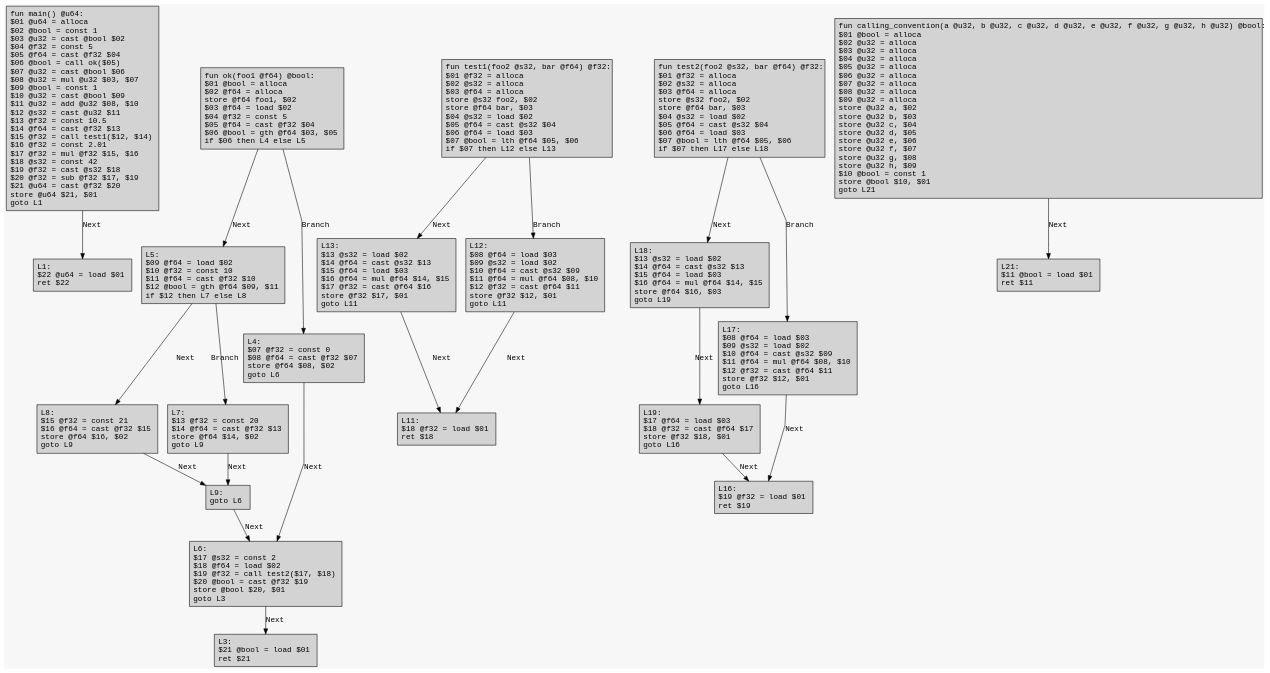
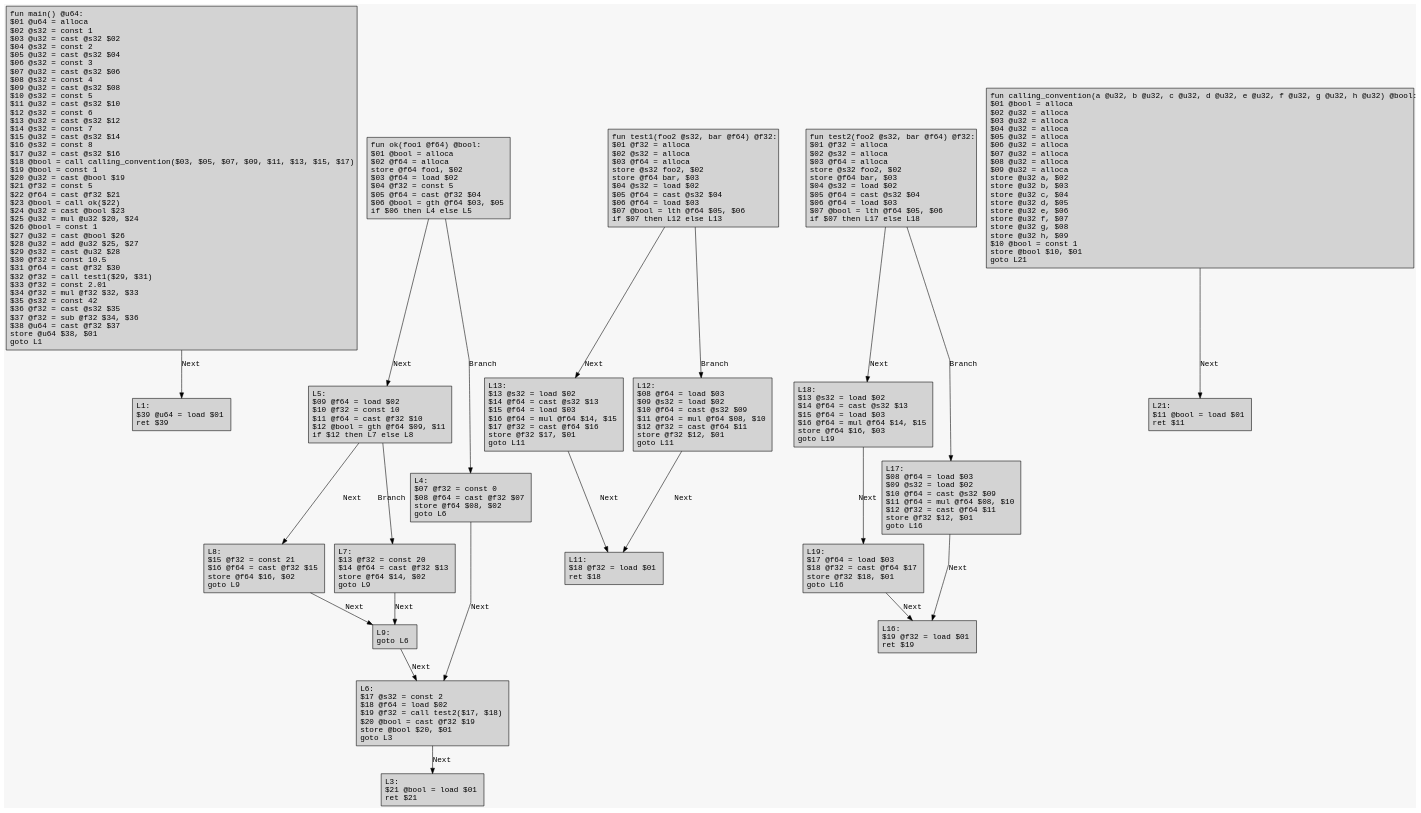
The diagram in example/test_org.dot (Excse/arkoi_language), drawn with Graphviz before and after one commit. The commit also changed 8 other files, not shown here.

Commit message:
Working on the calling convention

```diff
--- a/example/test_org.dot
+++ b/example/test_org.dot
@@ -1,49 +1,49 @@
 digraph CFG {
 	graph [fontname = "Monospace"];
 	node  [fontname = "Monospace", shape=box, style=filled, margin=0.1];
 	edge  [fontname = "Monospace"];
 	bgcolor = "#f7f7f7";
 	splines = false;
 
-	L0 [label="fun main() @u64:\l $01 @u64 = alloca\l $02 @bool = const 1\l $03 @u32 = cast @bool $02\l $04 @f32 = const 5\l $05 @f64 = cast @f32 $04\l $06 @bool = call ok($05)\l $07 @u32 = cast @bool $06\l $08 @u32 = mul @u32 $03, $07\l $09 @bool = const 1\l $10 @u32 = cast @bool $09\l $11 @u32 = add @u32 $08, $10\l $12 @s32 = cast @u32 $11\l $13 @f32 = const 10.5\l $14 @f64 = cast @f32 $13\l $15 @f32 = call test1($12, $14)\l $16 @f32 = const 2.01\l $17 @f32 = mul @f32 $15, $16\l $18 @s32 = const 42\l $19 @f32 = cast @s32 $18\l $20 @f32 = sub @f32 $17, $19\l $21 @u64 = cast @f32 $20\l store @u64 $21, $01\l goto L1\l"];
+	L0 [label="fun main() @u64:\l $01 @u64 = alloca\l $02 @s32 = const 1\l $03 @u32 = cast @s32 $02\l $04 @s32 = const 2\l $05 @u32 = cast @s32 $04\l $06 @s32 = const 3\l $07 @u32 = cast @s32 $06\l $08 @s32 = const 4\l $09 @u32 = cast @s32 $08\l $10 @s32 = const 5\l $11 @u32 = cast @s32 $10\l $12 @s32 = const 6\l $13 @u32 = cast @s32 $12\l $14 @s32 = const 7\l $15 @u32 = cast @s32 $14\l $16 @s32 = const 8\l $17 @u32 = cast @s32 $16\l $18 @bool = call calling_convention($03, $05, $07, $09, $11, $13, $15, $17)\l $19 @bool = const 1\l $20 @u32 = cast @bool $19\l $21 @f32 = const 5\l $22 @f64 = cast @f32 $21\l $23 @bool = call ok($22)\l $24 @u32 = cast @bool $23\l $25 @u32 = mul @u32 $20, $24\l $26 @bool = const 1\l $27 @u32 = cast @bool $26\l $28 @u32 = add @u32 $25, $27\l $29 @s32 = cast @u32 $28\l $30 @f32 = const 10.5\l $31 @f64 = cast @f32 $30\l $32 @f32 = call test1($29, $31)\l $33 @f32 = const 2.01\l $34 @f32 = mul @f32 $32, $33\l $35 @s32 = const 42\l $36 @f32 = cast @s32 $35\l $37 @f32 = sub @f32 $34, $36\l $38 @u64 = cast @f32 $37\l store @u64 $38, $01\l goto L1\l"];
 	L0 -> L1 [label="Next"];
-	L1 [label="L1:\l $22 @u64 = load $01\l ret $22\l"];
+	L1 [label="L1:\l $39 @u64 = load $01\l ret $39\l"];
 	L2 [label="fun ok(foo1 @f64) @bool:\l $01 @bool = alloca\l $02 @f64 = alloca\l store @f64 foo1, $02\l $03 @f64 = load $02\l $04 @f32 = const 5\l $05 @f64 = cast @f32 $04\l $06 @bool = gth @f64 $03, $05\l if $06 then L4 else L5\l"];
 	L2 -> L5 [label="Next"];
 	L2 -> L4 [label="Branch"];
 	L5 [label="L5:\l $09 @f64 = load $02\l $10 @f32 = const 10\l $11 @f64 = cast @f32 $10\l $12 @bool = gth @f64 $09, $11\l if $12 then L7 else L8\l"];
 	L5 -> L8 [label="Next"];
 	L5 -> L7 [label="Branch"];
 	L8 [label="L8:\l $15 @f32 = const 21\l $16 @f64 = cast @f32 $15\l store @f64 $16, $02\l goto L9\l"];
 	L8 -> L9 [label="Next"];
 	L9 [label="L9:\l goto L6\l"];
 	L9 -> L6 [label="Next"];
 	L6 [label="L6:\l $17 @s32 = const 2\l $18 @f64 = load $02\l $19 @f32 = call test2($17, $18)\l $20 @bool = cast @f32 $19\l store @bool $20, $01\l goto L3\l"];
 	L6 -> L3 [label="Next"];
 	L7 [label="L7:\l $13 @f32 = const 20\l $14 @f64 = cast @f32 $13\l store @f64 $14, $02\l goto L9\l"];
 	L7 -> L9 [label="Next"];
 	L4 [label="L4:\l $07 @f32 = const 0\l $08 @f64 = cast @f32 $07\l store @f64 $08, $02\l goto L6\l"];
 	L4 -> L6 [label="Next"];
 	L3 [label="L3:\l $21 @bool = load $01\l ret $21\l"];
 	L10 [label="fun test1(foo2 @s32, bar @f64) @f32:\l $01 @f32 = alloca\l $02 @s32 = alloca\l $03 @f64 = alloca\l store @s32 foo2, $02\l store @f64 bar, $03\l $04 @s32 = load $02\l $05 @f64 = cast @s32 $04\l $06 @f64 = load $03\l $07 @bool = lth @f64 $05, $06\l if $07 then L12 else L13\l"];
 	L10 -> L13 [label="Next"];
 	L10 -> L12 [label="Branch"];
 	L13 [label="L13:\l $13 @s32 = load $02\l $14 @f64 = cast @s32 $13\l $15 @f64 = load $03\l $16 @f64 = mul @f64 $14, $15\l $17 @f32 = cast @f64 $16\l store @f32 $17, $01\l goto L11\l"];
 	L13 -> L11 [label="Next"];
 	L12 [label="L12:\l $08 @f64 = load $03\l $09 @s32 = load $02\l $10 @f64 = cast @s32 $09\l $11 @f64 = mul @f64 $08, $10\l $12 @f32 = cast @f64 $11\l store @f32 $12, $01\l goto L11\l"];
 	L12 -> L11 [label="Next"];
 	L11 [label="L11:\l $18 @f32 = load $01\l ret $18\l"];
 	L15 [label="fun test2(foo2 @s32, bar @f64) @f32:\l $01 @f32 = alloca\l $02 @s32 = alloca\l $03 @f64 = alloca\l store @s32 foo2, $02\l store @f64 bar, $03\l $04 @s32 = load $02\l $05 @f64 = cast @s32 $04\l $06 @f64 = load $03\l $07 @bool = lth @f64 $05, $06\l if $07 then L17 else L18\l"];
 	L15 -> L18 [label="Next"];
 	L15 -> L17 [label="Branch"];
 	L18 [label="L18:\l $13 @s32 = load $02\l $14 @f64 = cast @s32 $13\l $15 @f64 = load $03\l $16 @f64 = mul @f64 $14, $15\l store @f64 $16, $03\l goto L19\l"];
 	L18 -> L19 [label="Next"];
 	L19 [label="L19:\l $17 @f64 = load $03\l $18 @f32 = cast @f64 $17\l store @f32 $18, $01\l goto L16\l"];
 	L19 -> L16 [label="Next"];
 	L17 [label="L17:\l $08 @f64 = load $03\l $09 @s32 = load $02\l $10 @f64 = cast @s32 $09\l $11 @f64 = mul @f64 $08, $10\l $12 @f32 = cast @f64 $11\l store @f32 $12, $01\l goto L16\l"];
 	L17 -> L16 [label="Next"];
 	L16 [label="L16:\l $19 @f32 = load $01\l ret $19\l"];
 	L20 [label="fun calling_convention(a @u32, b @u32, c @u32, d @u32, e @u32, f @u32, g @u32, h @u32) @bool:\l $01 @bool = alloca\l $02 @u32 = alloca\l $03 @u32 = alloca\l $04 @u32 = alloca\l $05 @u32 = alloca\l $06 @u32 = alloca\l $07 @u32 = alloca\l $08 @u32 = alloca\l $09 @u32 = alloca\l store @u32 a, $02\l store @u32 b, $03\l store @u32 c, $04\l store @u32 d, $05\l store @u32 e, $06\l store @u32 f, $07\l store @u32 g, $08\l store @u32 h, $09\l $10 @bool = const 1\l store @bool $10, $01\l goto L21\l"];
 	L20 -> L21 [label="Next"];
 	L21 [label="L21:\l $11 @bool = load $01\l ret $11\l"];
 }
```
